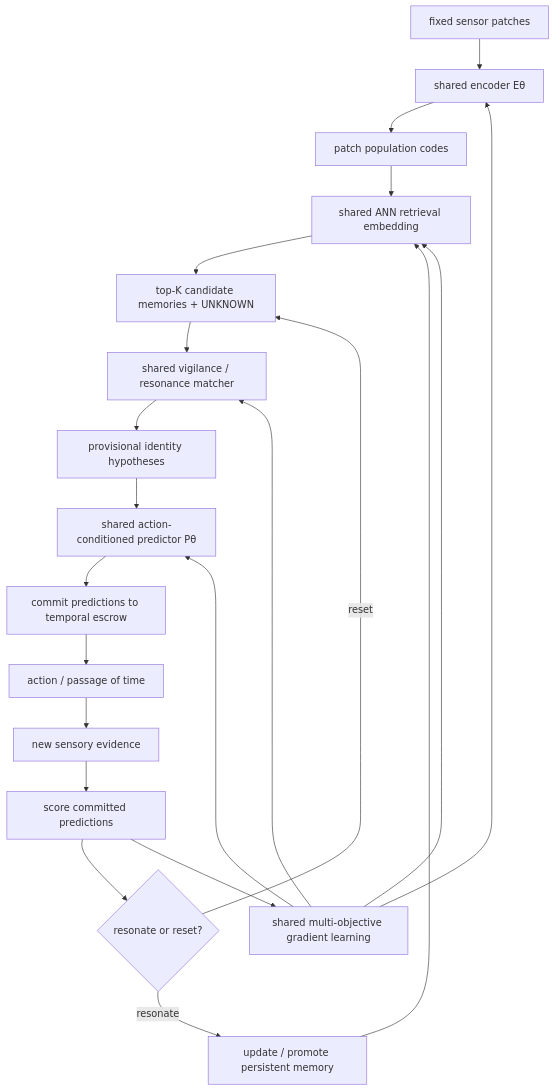
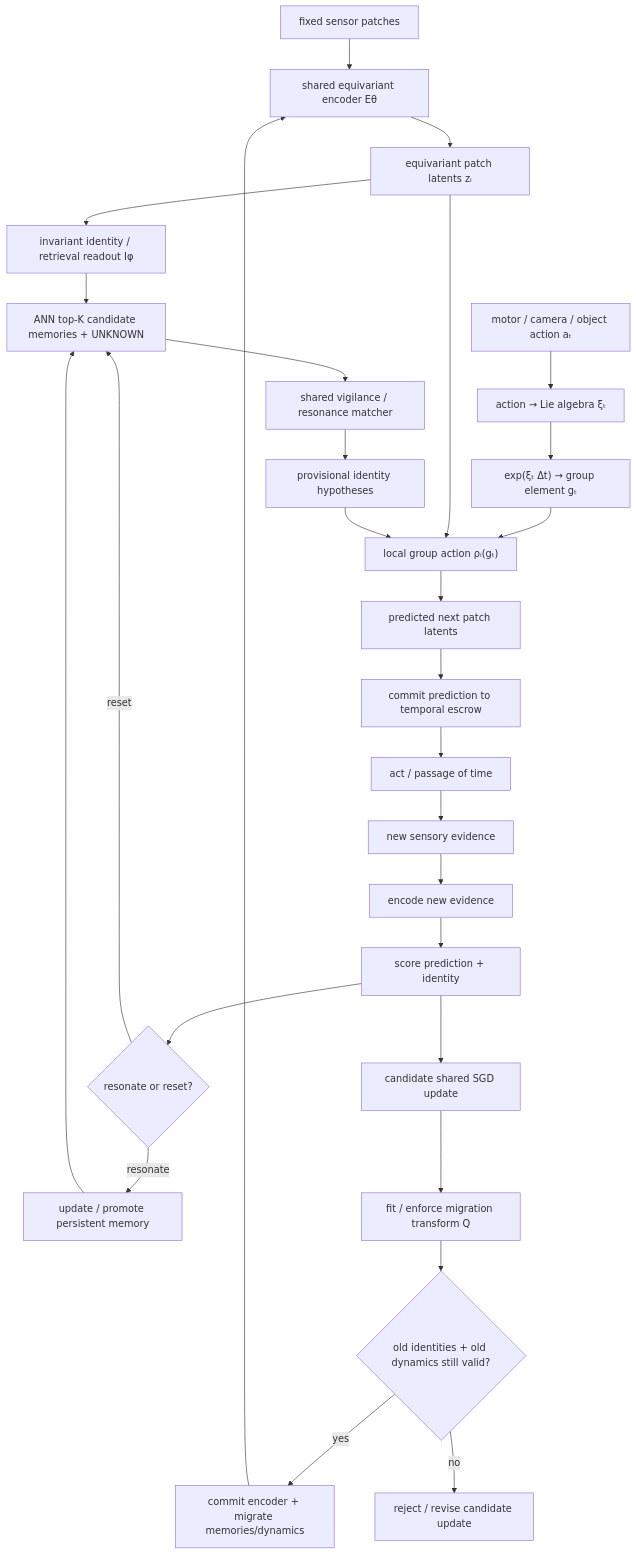
One commit to spencerbug/spencerbug.github.io changed the diagram in _posts/2026-09-28-temporal-escrow-resonance.md. Above: the diagram before and after it, drawn with Mermaid. The commit also changed other lines of this file, not shown here.

Commit message:
Update TERN with equivariant dynamics and representation migration

```diff
--- a/_posts/2026-09-28-temporal-escrow-resonance.md
+++ b/_posts/2026-09-28-temporal-escrow-resonance.md
@@ -72,23 +88,34 @@
 ~~~mermaid
 flowchart TD
-    X["fixed sensor patches"] --> E["shared encoder Eθ"]
-    E --> Z["patch population codes"]
-    Z --> R["shared ANN retrieval embedding"]
-    R --> C["top-K candidate memories + UNKNOWN"]
-    C --> V["shared vigilance / resonance matcher"]
+    X["fixed sensor patches"] --> E["shared equivariant encoder Eθ"]
+    E --> Z["equivariant patch latents zᵢ"]
+
+    A["motor / camera / object action aₜ"] --> XI["action → Lie algebra ξₜ"]
+    XI --> G["exp(ξₜ Δt) → group element gₜ"]
+    G --> D["local group action ρᵢ(gₜ)"]
+
+    Z --> I["invariant identity / retrieval readout Iφ"]
+    I --> ANN["ANN top-K candidate memories + UNKNOWN"]
+    ANN --> V["shared vigilance / resonance matcher"]
     V --> H["provisional identity hypotheses"]
-    H --> P["shared action-conditioned predictor Pθ"]
-    P --> Q["commit predictions to temporal escrow"]
-    Q --> A["action / passage of time"]
-    A --> O["new sensory evidence"]
-    O --> S["score committed predictions"]
+
+    Z --> D
+    H --> D
+    D --> P["predicted next patch latents"]
+    P --> Q["commit prediction to temporal escrow"]
+    Q --> ACT["act / passage of time"]
+    ACT --> O["new sensory evidence"]
+    O --> EN["encode new evidence"]
+    EN --> S["score prediction + identity"]
     S --> RR{"resonate or reset?"}
     RR -->|resonate| M["update / promote persistent memory"]
-    RR -->|reset| C
-    S --> L["shared multi-objective gradient learning"]
-    L --> E
-    L --> R
-    L --> V
-    L --> P
-    M --> R
+    RR -->|reset| ANN
+
+    S --> U["candidate shared SGD update"]
+    U --> MIG["fit / enforce migration transform Q"]
+    MIG --> REVIEW{"old identities + old dynamics still valid?"}
+    REVIEW -->|yes| COMMIT["commit encoder + migrate memories/dynamics"]
+    REVIEW -->|no| REJECT["reject / revise candidate update"]
+    COMMIT --> E
+    M --> ANN
 ~~~
```
